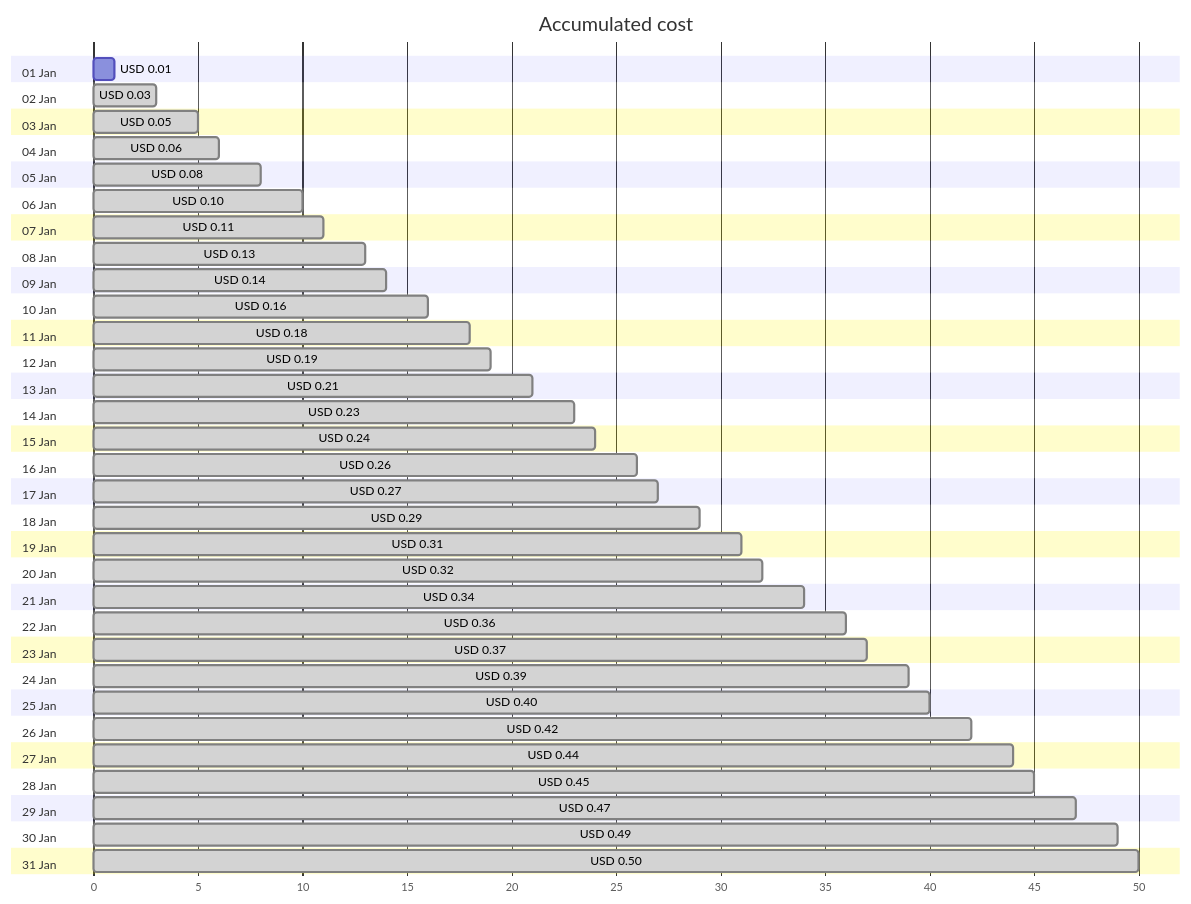
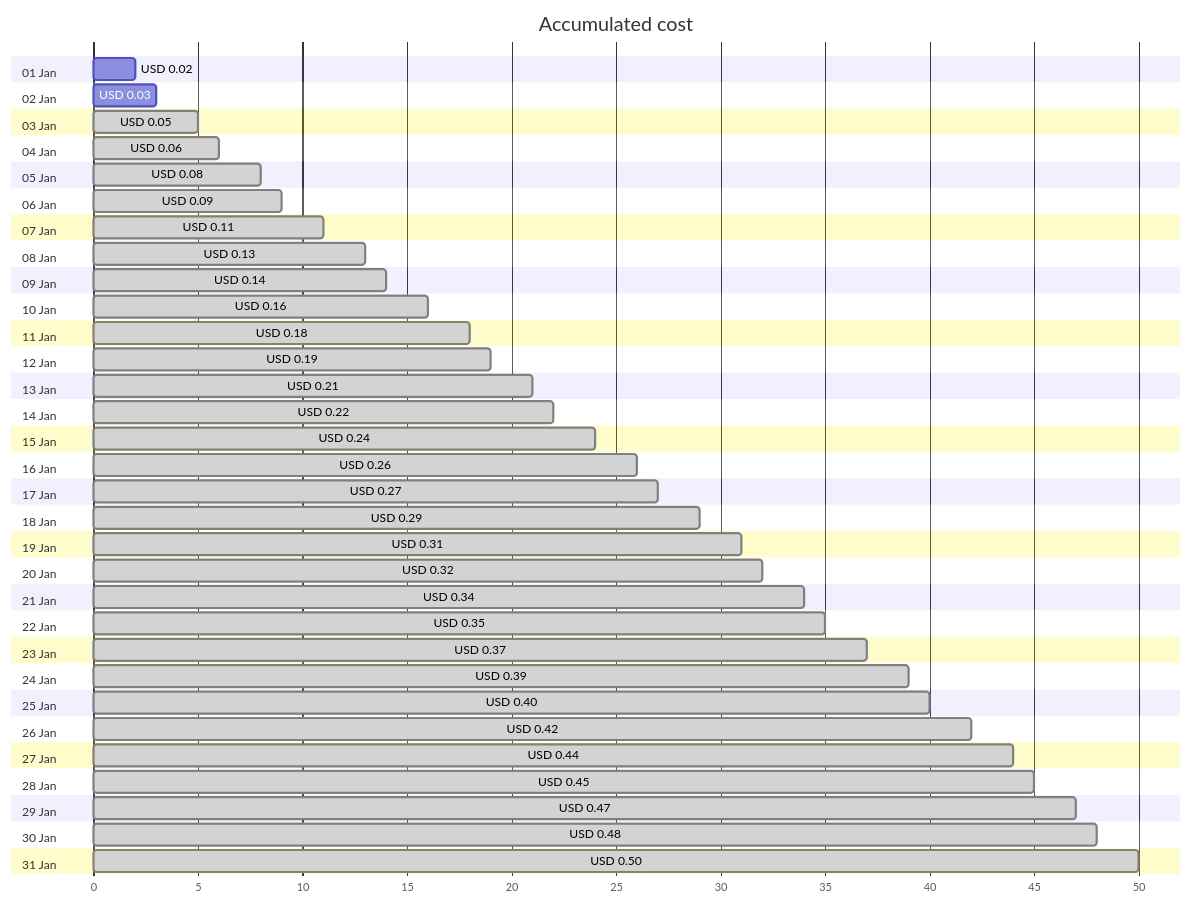
One commit to jpfulton/azure-personal-reports changed the first of 4 diagrams in cost-reports/personal-network/private.jpatrickfulton.com.md. Above: the diagram before and after it, drawn with Mermaid. The commit also changed other lines of this file and 8 other files, not shown here.

````diff
--- a/cost-reports/personal-network/private.jpatrickfulton.com.md
+++ b/cost-reports/personal-network/private.jpatrickfulton.com.md
@@ -20,68 +20,68 @@
 ```mermaid
 gantt
    title Accumulated cost
    dateFormat  X
    axisFormat %s
    section 01 Jan
-   USD 0.01 :0, 1
+   USD 0.02 :0, 2
    section 02 Jan
-   USD 0.03 : done, 0, 3
+   USD 0.03 :0, 3
    section 03 Jan
    USD 0.05 : done, 0, 5
    section 04 Jan
    USD 0.06 : done, 0, 6
    section 05 Jan
    USD 0.08 : done, 0, 8
    section 06 Jan
-   USD 0.10 : done, 0, 10
+   USD 0.09 : done, 0, 9
    section 07 Jan
    USD 0.11 : done, 0, 11
    section 08 Jan
    USD 0.13 : done, 0, 13
    section 09 Jan
    USD 0.14 : done, 0, 14
    section 10 Jan
    USD 0.16 : done, 0, 16
    section 11 Jan
    USD 0.18 : done, 0, 18
    section 12 Jan
    USD 0.19 : done, 0, 19
    section 13 Jan
    USD 0.21 : done, 0, 21
    section 14 Jan
-   USD 0.23 : done, 0, 23
+   USD 0.22 : done, 0, 22
    section 15 Jan
    USD 0.24 : done, 0, 24
    section 16 Jan
    USD 0.26 : done, 0, 26
    section 17 Jan
    USD 0.27 : done, 0, 27
    section 18 Jan
    USD 0.29 : done, 0, 29
    section 19 Jan
    USD 0.31 : done, 0, 31
    section 20 Jan
    USD 0.32 : done, 0, 32
    section 21 Jan
    USD 0.34 : done, 0, 34
    section 22 Jan
-   USD 0.36 : done, 0, 36
+   USD 0.35 : done, 0, 35
    section 23 Jan
    USD 0.37 : done, 0, 37
    section 24 Jan
    USD 0.39 : done, 0, 39
    section 25 Jan
    USD 0.40 : done, 0, 40
    section 26 Jan
    USD 0.42 : done, 0, 42
    section 27 Jan
    USD 0.44 : done, 0, 44
    section 28 Jan
    USD 0.45 : done, 0, 45
    section 29 Jan
    USD 0.47 : done, 0, 47
    section 30 Jan
-   USD 0.49 : done, 0, 49
+   USD 0.48 : done, 0, 48
    section 31 Jan
    USD 0.50 : done, 0, 50
 ```
````
